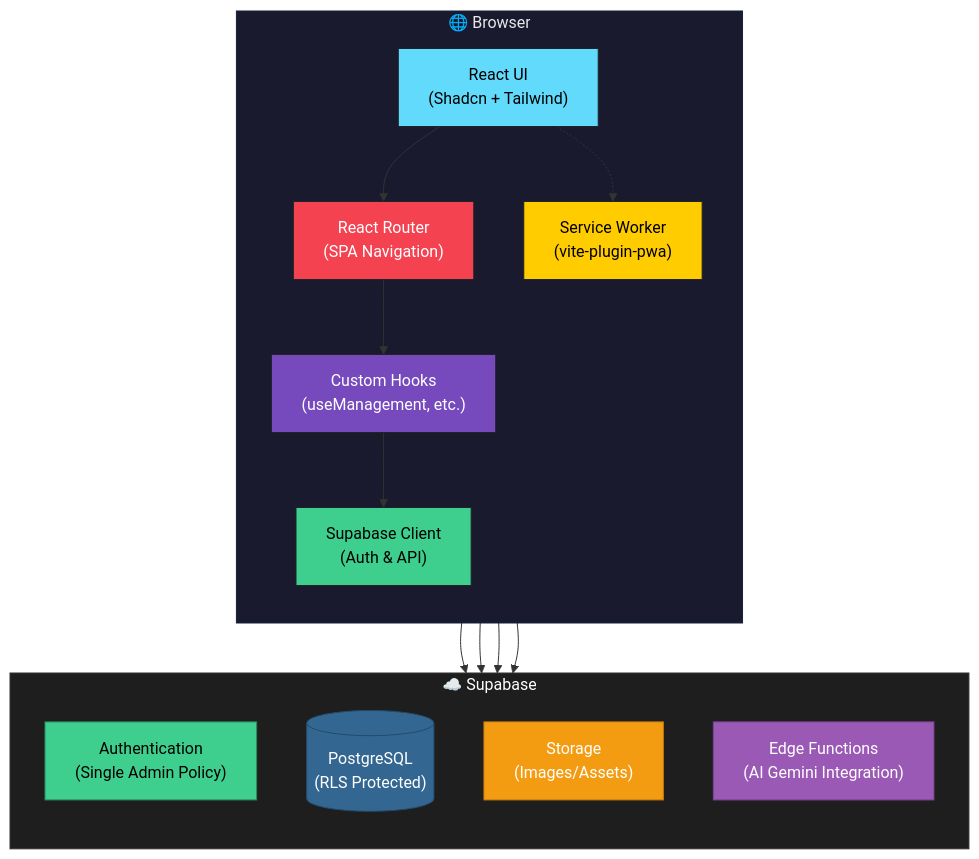
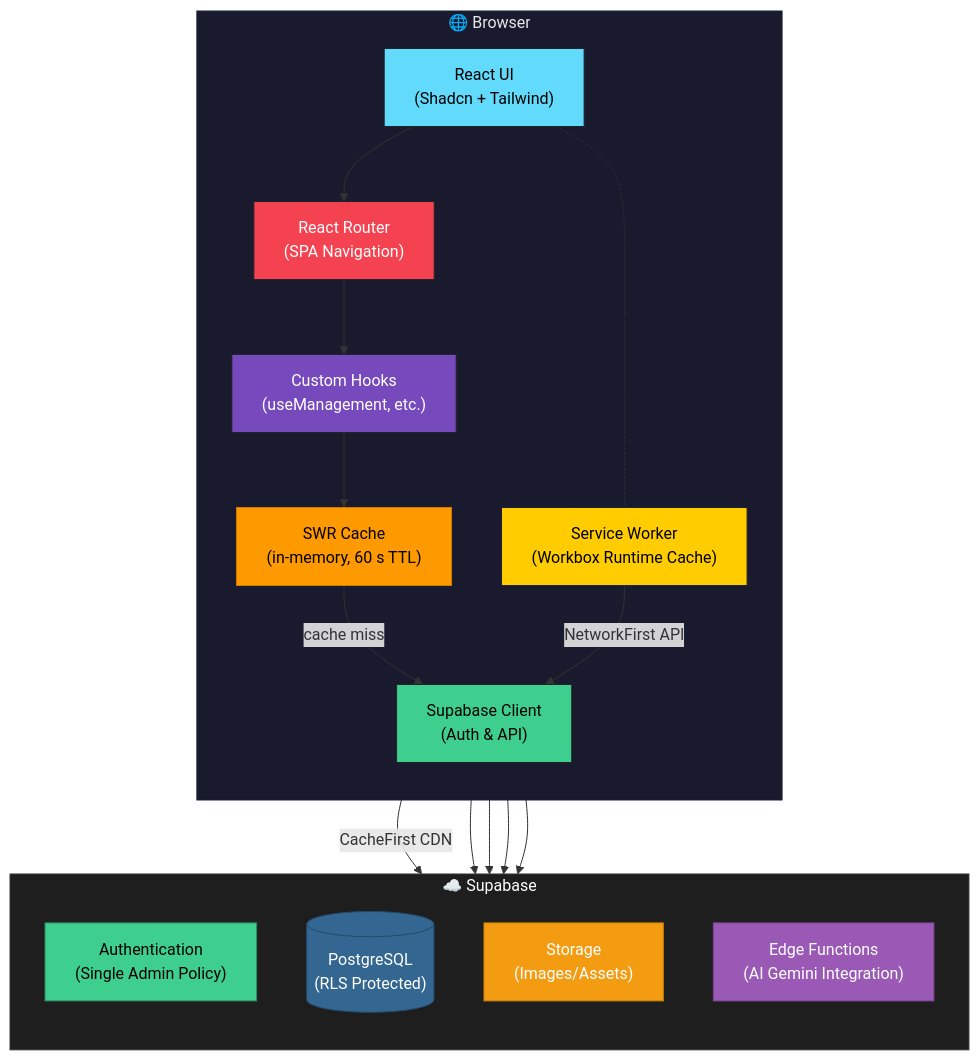
One commit to nrajesh/dew-drops changed the first of 2 diagrams in documentation/ARCHITECTURE.md. Above: the diagram before and after it, drawn with Mermaid. The commit also changed other lines of this file and 7 other files, not shown here.

Commit message:
feat(gallery): SWR caching, image transforms, lazy loading, Workbox runtime cache + speckit

````diff
--- a/documentation/ARCHITECTURE.md
+++ b/documentation/ARCHITECTURE.md
@@ -26,42 +35,47 @@
 ```mermaid
 graph TB
     subgraph Browser["🌐 Browser"]
         direction TB
         UI["React UI<br/>(Shadcn + Tailwind)"]
         Router["React Router<br/>(SPA Navigation)"]
         Hooks["Custom Hooks<br/>(useManagement, etc.)"]
+        SWRCache["SWR Cache<br/>(in-memory, 60 s TTL)"]
         SBC["Supabase Client<br/>(Auth & API)"]
-        PWA["Service Worker<br/>(vite-plugin-pwa)"]
+        PWA["Service Worker<br/>(Workbox Runtime Cache)"]
     end
 
     subgraph Backend["☁️ Supabase"]
         direction TB
         Auth["Authentication<br/>(Single Admin Policy)"]
         DB[("PostgreSQL<br/>(RLS Protected)")]
         Storage["Storage<br/>(Images/Assets)"]
         Edge["Edge Functions<br/>(AI Gemini Integration)"]
     end
 
     UI --> Router
     Router --> Hooks
-    Hooks --> SBC
-    UI -.-> PWA
+    Hooks --> SWRCache
+    SWRCache -->|cache miss| SBC
+    UI -.- PWA
+    PWA -->|CacheFirst CDN| Storage
+    PWA -->|NetworkFirst API| SBC
     
     SBC --> Auth
     SBC --> DB
     SBC --> Storage
     SBC --> Edge
 
     style Browser fill:#1a1a2e,stroke:#16213e,color:#e8e8e8
     style UI fill:#61DAFB,stroke:#20232A,color:#000
     style Router fill:#f44250,stroke:#20232A,color:#fff
     style Hooks fill:#764abc,stroke:#20232A,color:#fff
+    style SWRCache fill:#ff9900,stroke:#cc7a00,color:#000
     style SBC fill:#3ECF8E,stroke:#20232A,color:#000
     style PWA fill:#ffcc00,stroke:#20232A,color:#000
     
     style Backend fill:#1e1e1e,stroke:#333,color:#fff
     style Auth fill:#3ECF8E,stroke:#2b8a5c,color:#000
     style DB fill:#336791,stroke:#244b6b,color:#fff
     style Storage fill:#f39c12,stroke:#c87f0a,color:#fff
     style Edge fill:#9b59b6,stroke:#7d4596,color:#fff
 ```
````
